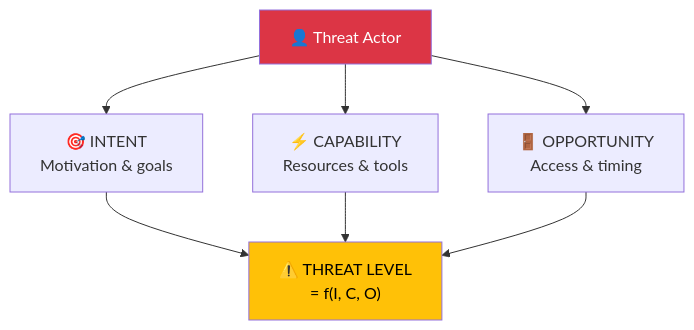
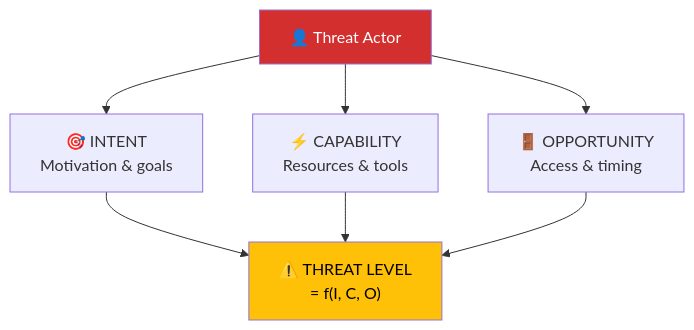
Before and after one commit to Hack23/riksdagsmonitor: the eighth of 11 diagrams in analysis/methodologies/political-threat-framework.md, drawn with Mermaid. The commit also changed other lines of this file and 14 other files, not shown here.

First line of the commit message:
Align analysis/ mermaid diagrams with ISMS Style Guide palette and convert SWOT to quadrantChart

````diff
--- a/analysis/methodologies/political-threat-framework.md
+++ b/analysis/methodologies/political-threat-framework.md
@@ -760,18 +760,18 @@
 ```mermaid
 graph TD
     ACTOR["👤 Threat Actor"]
     I["🎯 INTENT<br/>Motivation & goals"]
     C["⚡ CAPABILITY<br/>Resources & tools"]
     O["🚪 OPPORTUNITY<br/>Access & timing"]
     THREAT["⚠️ THREAT LEVEL<br/>= f(I, C, O)"]
 
     ACTOR --> I
     ACTOR --> C
     ACTOR --> O
     I --> THREAT
     C --> THREAT
     O --> THREAT
 
-    style ACTOR fill:#dc3545,color:#fff
-    style THREAT fill:#ffc107,color:#000
+    style ACTOR fill:#D32F2F,color:#FFFFFF
+    style THREAT fill:#FFC107,color:#000000
 ```
````
